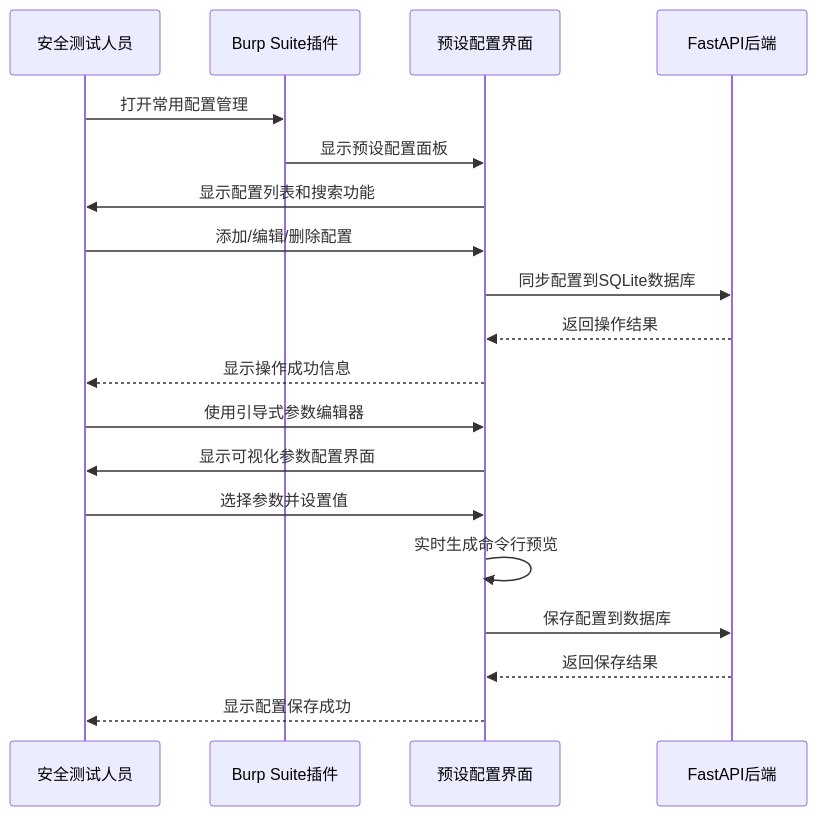
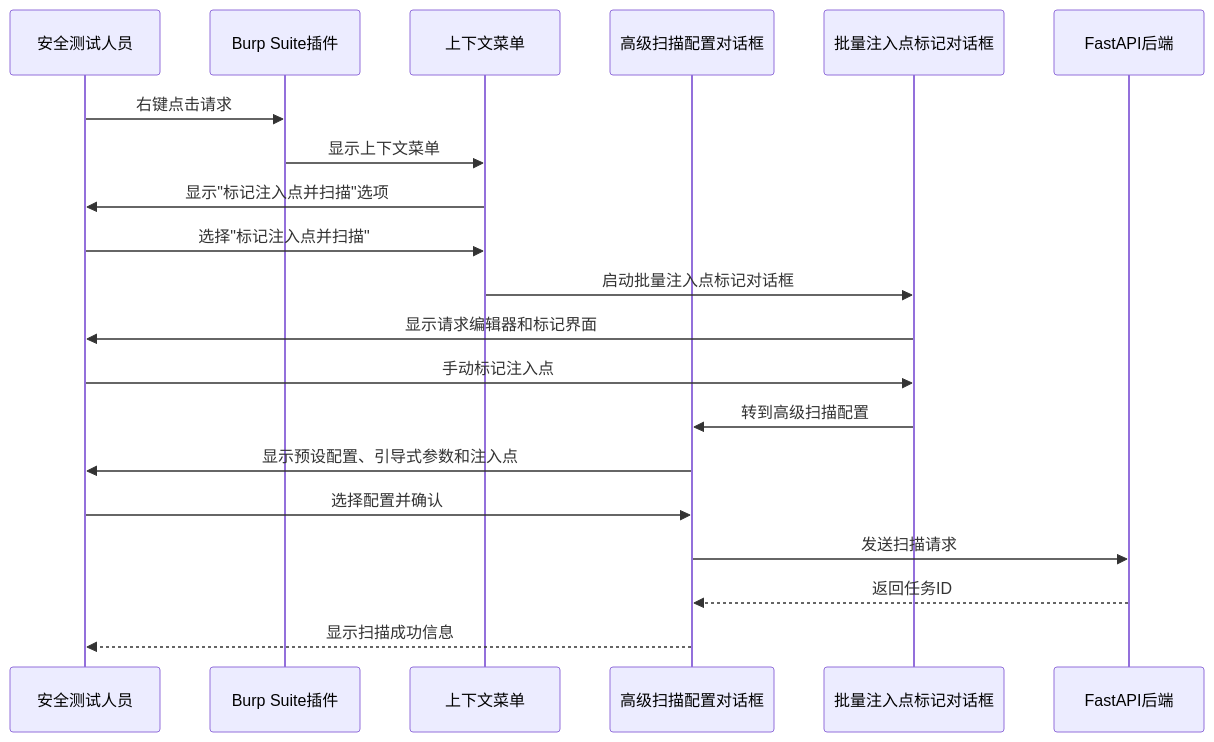
Before and after one commit to GitHubNull/sqlmapWebUI: the third of 10 diagrams in .qoder/repowiki/zh/content/外部系统集成/Burp Suite插件集成/Burp Suite插件集成.md, drawn with Mermaid. The commit also changed other lines of this file and 4 other files, not shown here.

````diff
--- a/.qoder/repowiki/zh/content/外部系统集成/Burp Suite插件集成/Burp Suite插件集成.md
+++ b/.qoder/repowiki/zh/content/外部系统集成/Burp Suite插件集成/Burp Suite插件集成.md
@@ -117,21 +119,22 @@
 ```mermaid
 sequenceDiagram
 participant Tester as 安全测试人员
 participant Burp as Burp Suite插件
-participant UI as 预设配置界面
+participant ContextMenu as 上下文菜单
+participant AdvancedDialog as 高级扫描配置对话框
+participant BatchDialog as 批量注入点标记对话框
 participant API as FastAPI后端
-Tester->>Burp : 打开常用配置管理
-Burp->>UI : 显示预设配置面板
-UI->>Tester : 显示配置列表和搜索功能
-Tester->>UI : 添加/编辑/删除配置
-UI->>API : 同步配置到SQLite数据库
-API-->>UI : 返回操作结果
-UI-->>Tester : 显示操作成功信息
-Tester->>UI : 使用引导式参数编辑器
-UI->>Tester : 显示可视化参数配置界面
-Tester->>UI : 选择参数并设置值
-UI->>UI : 实时生成命令行预览
-UI->>API : 保存配置到数据库
-API-->>UI : 返回保存结果
-UI-->>Tester : 显示配置保存成功
+Tester->>Burp : 右键点击请求
+Burp->>ContextMenu : 显示上下文菜单
+ContextMenu->>Tester : 显示"标记注入点并扫描"选项
+Tester->>ContextMenu : 选择"标记注入点并扫描"
+ContextMenu->>BatchDialog : 启动批量注入点标记对话框
+BatchDialog->>Tester : 显示请求编辑器和标记界面
+Tester->>BatchDialog : 手动标记注入点
+BatchDialog->>AdvancedDialog : 转到高级扫描配置
+AdvancedDialog->>Tester : 显示预设配置、引导式参数和注入点
+Tester->>AdvancedDialog : 选择配置并确认
+AdvancedDialog->>API : 发送扫描请求
+API-->>AdvancedDialog : 返回任务ID
+AdvancedDialog-->>Tester : 显示扫描成功信息
 ```
````
